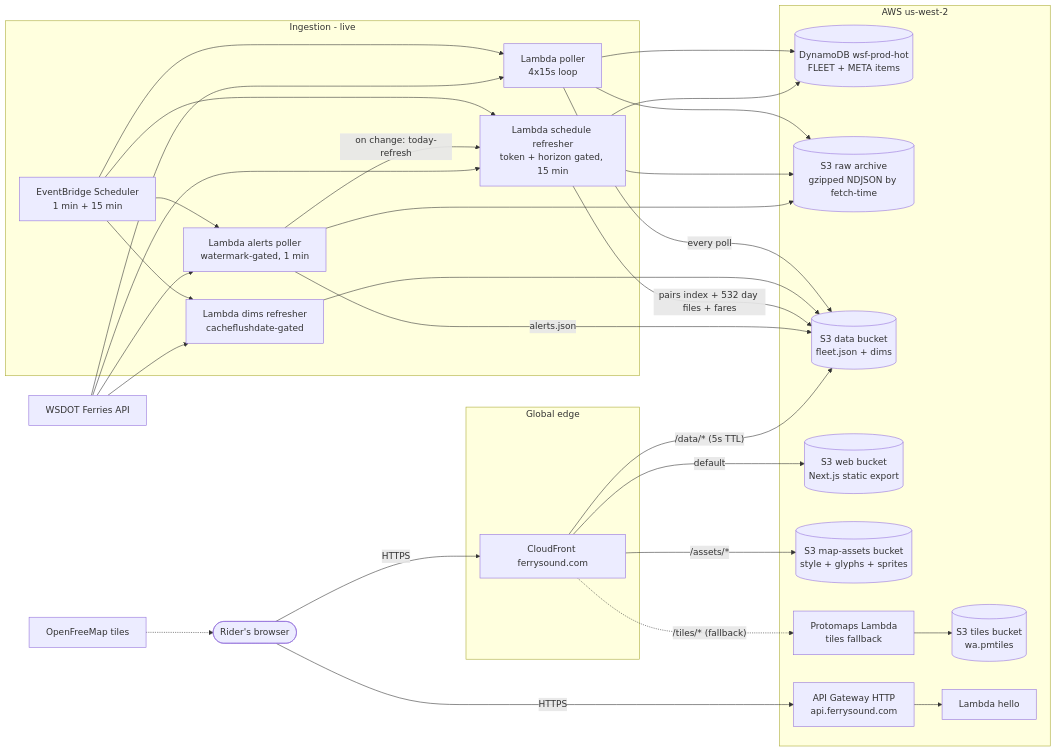
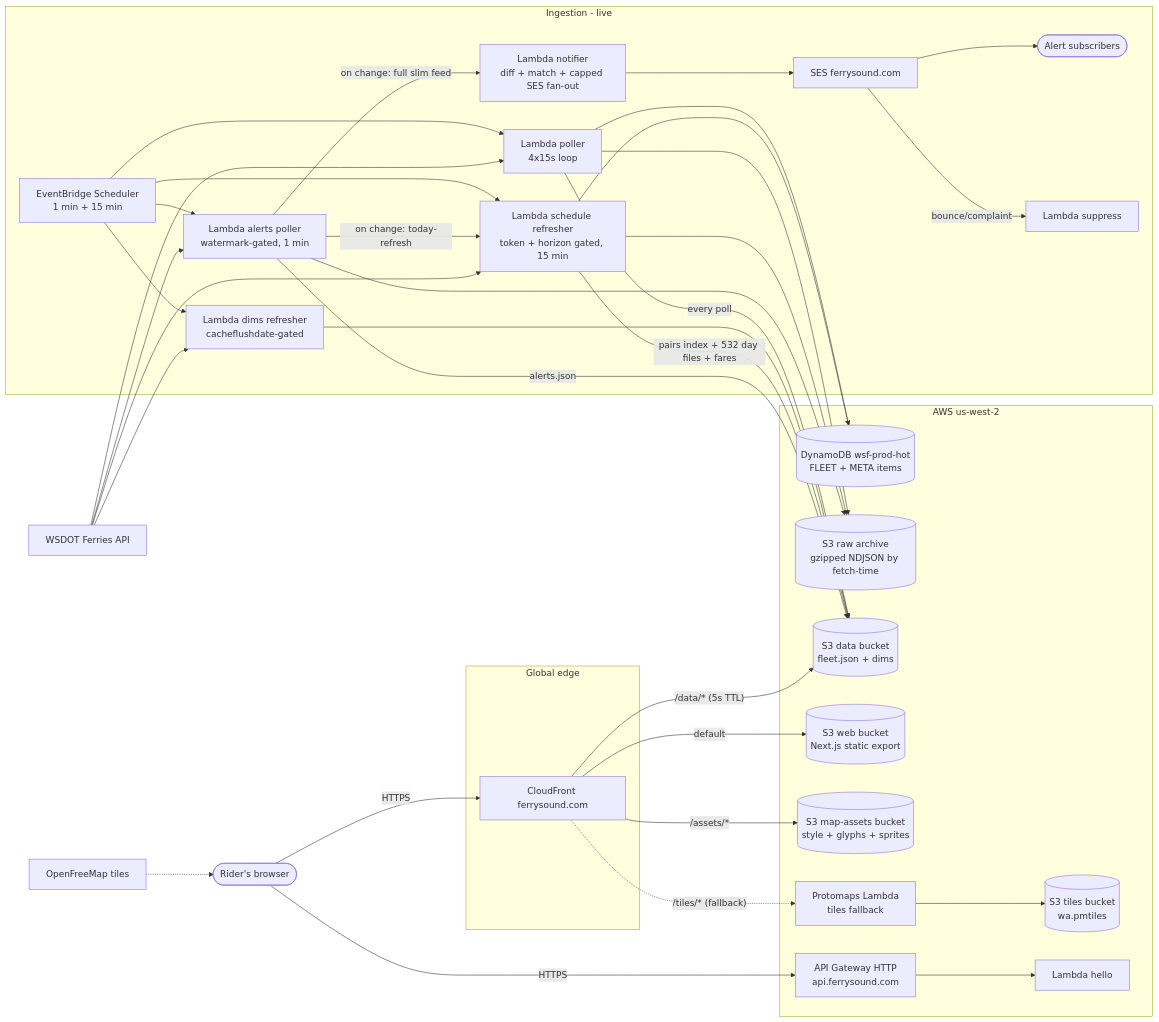
The first of 3 diagrams in docs/architecture.md (ryankirkland/wsf-ferry-companion), drawn with Mermaid before and after one commit. The commit also changed other lines of this file and 3 other files, not shown here.

First line of the commit message:
M3 docs: ADR-0006, features/alerts.md, architecture + CLAUDE.md entries

````diff
--- a/docs/architecture.md
+++ b/docs/architecture.md
@@ -10,50 +10,53 @@
 ```mermaid
 flowchart LR
     WSF[WSDOT Ferries API]
     U([Rider's browser])
 
     subgraph ingest [Ingestion - live]
         EB[EventBridge Scheduler<br/>1 min + 15 min] --> POLL[Lambda poller<br/>4x15s loop]
         EB --> DIMS[Lambda dims refresher<br/>cacheflushdate-gated]
         EB --> SCHED[Lambda schedule refresher<br/>token + horizon gated, 15 min]
         EB --> AL[Lambda alerts poller<br/>watermark-gated, 1 min]
         AL -- "on change: today-refresh" --> SCHED
+        AL -- "on change: full slim feed" --> NOTIF[Lambda notifier<br/>diff + match + capped SES fan-out]
+        NOTIF --> SES2[SES ferrysound.com] --> SUBS([Alert subscribers])
+        SES2 -- bounce/complaint --> SUP[Lambda suppress]
     end
 
     subgraph usw2 [AWS us-west-2]
         DDB[(DynamoDB wsf-prod-hot<br/>FLEET + META items)]
         RAW[(S3 raw archive<br/>gzipped NDJSON by fetch-time)]
         DATA[(S3 data bucket<br/>fleet.json + dims)]
         WEB[(S3 web bucket<br/>Next.js static export)]
         ASSETS[(S3 map-assets bucket<br/>style + glyphs + sprites)]
         TILES[(S3 tiles bucket<br/>wa.pmtiles)]
         TLAMBDA[Protomaps Lambda<br/>tiles fallback]
         AGW[API Gateway HTTP<br/>api.ferrysound.com]
         HELLO[Lambda hello]
     end
 
     subgraph edge [Global edge]
         CF[CloudFront ferrysound.com]
     end
 
     WSF --> POLL
     WSF --> DIMS
     WSF --> SCHED
     WSF --> AL
     POLL --> DDB
     POLL --> RAW
     POLL -- every poll --> DATA
     DIMS --> DATA
     SCHED --> DDB
     SCHED --> RAW
     SCHED -- "pairs index + 532 day files + fares" --> DATA
     AL --> RAW
     AL -- alerts.json --> DATA
     U -- HTTPS --> CF
     CF -- default --> WEB
     CF -- "/data/* (5s TTL)" --> DATA
     CF -- "/assets/*" --> ASSETS
     CF -. "/tiles/* (fallback)" .-> TLAMBDA --> TILES
     U -- HTTPS --> AGW --> HELLO
     OFM[OpenFreeMap tiles] -.-> U
 ```
````
